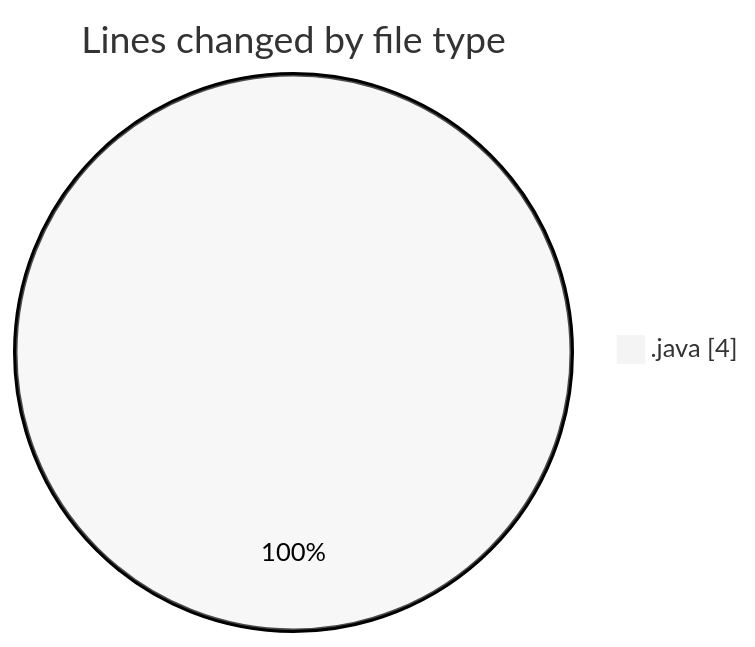
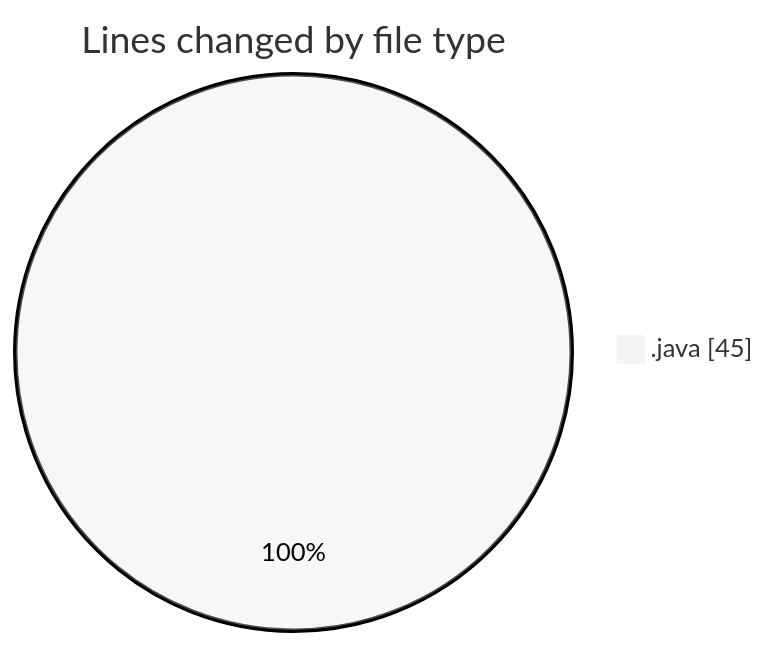
One commit to NitaiMahat/code-tracking changed the first of 2 diagrams in 2025-03-11/filereadinprac/README.md. Above: the diagram before and after it, drawn with Mermaid (neutral theme). The commit also changed other lines of this file and 1 other file, not shown here.

````diff
--- a/2025-03-11/filereadinprac/README.md
+++ b/2025-03-11/filereadinprac/README.md
@@ -20,5 +20,5 @@
 ```mermaid
 pie showData
 title Lines changed by file type
-".java" : 4
+".java" : 45
 ```
````
